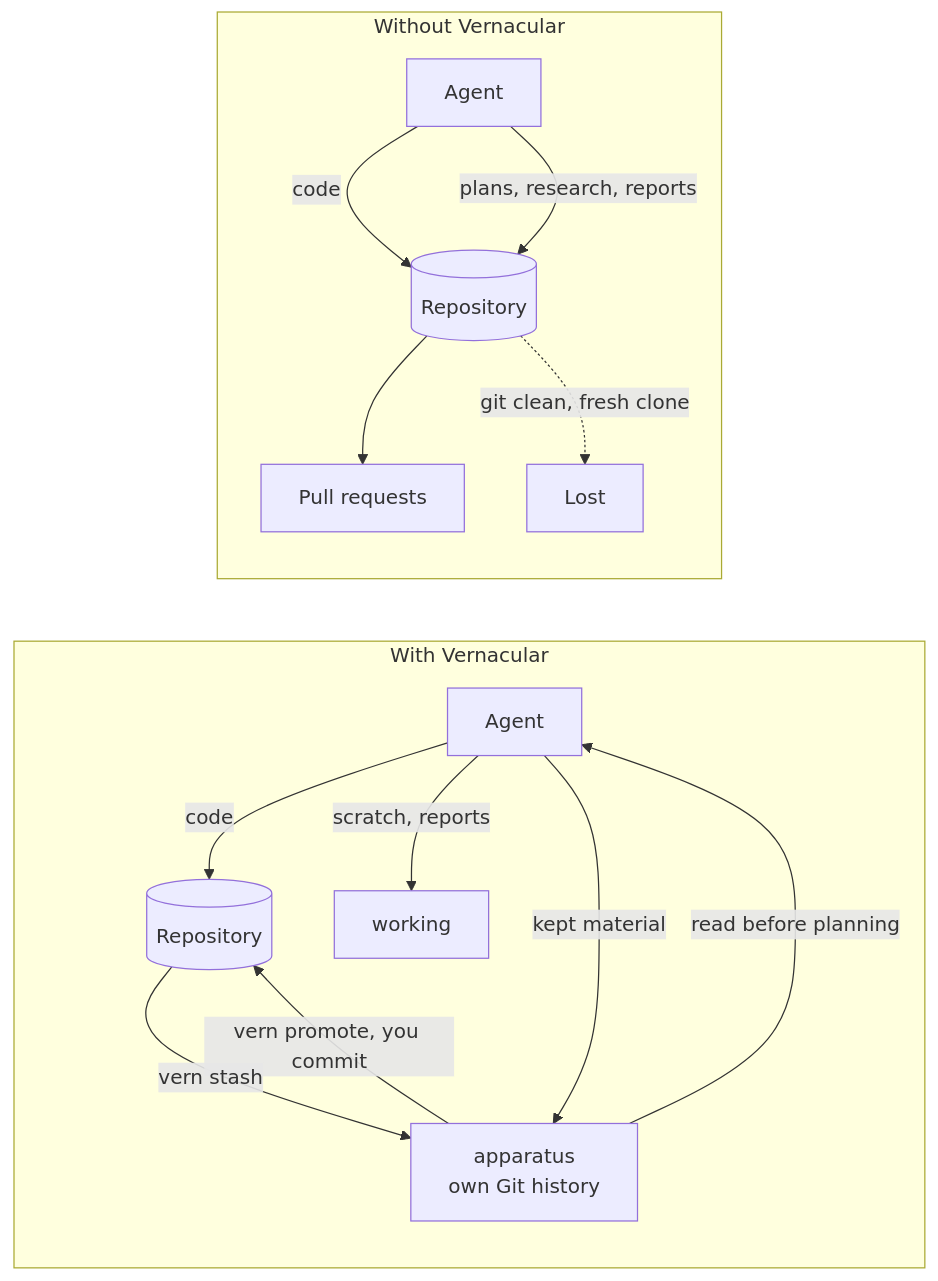
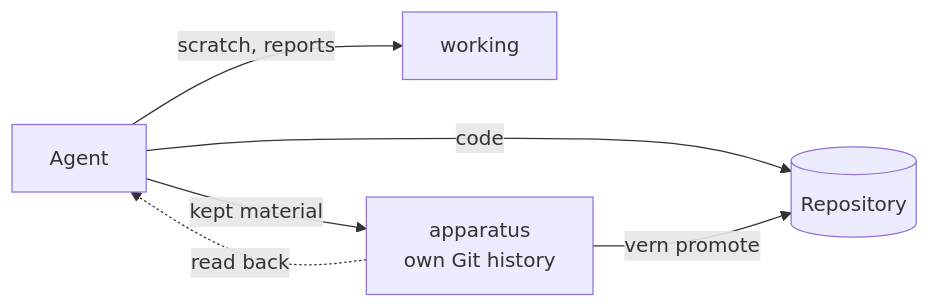
The second of 2 diagrams in README.md (grosspoetrysystems/vernacular), drawn with Mermaid before and after one commit. The commit also changed other lines of this file, not shown here.

Commit message:
docs(readme): generalize ad hoc workarounds; split the flow into before and after

````diff
--- a/README.md
+++ b/README.md
@@ -31,17 +41,8 @@
 ```mermaid
 flowchart LR
-  subgraph after [With Vernacular]
-    a2[Agent] -->|code| r2[(Repository)]
-    a2 -->|scratch, reports| w[working]
-    a2 -->|kept material| ap[apparatus<br/>own Git history]
-    ap -->|read before planning| a2
-    ap -->|vern promote, you commit| r2
-    r2 -->|vern stash| ap
-  end
-  subgraph before [Without Vernacular]
-    a1[Agent] -->|code| r1[(Repository)]
-    a1 -->|plans, research, reports| r1
-    r1 --> pr[Pull requests]
-    r1 -.->|git clean, fresh clone| lost[Lost]
-  end
+  agent[Agent] -->|code| repo[(Repository)]
+  agent -->|scratch, reports| working[working]
+  agent -->|kept material| apparatus[apparatus<br/>own Git history]
+  apparatus -.->|read back| agent
+  apparatus -->|vern promote| repo
 ```
````
